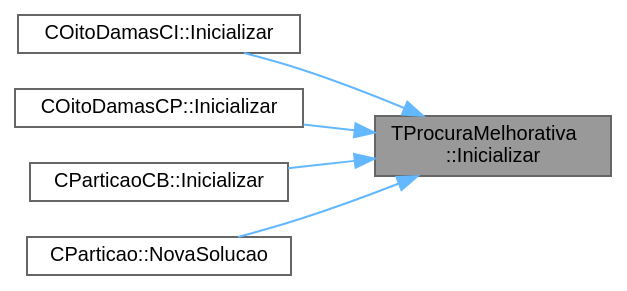
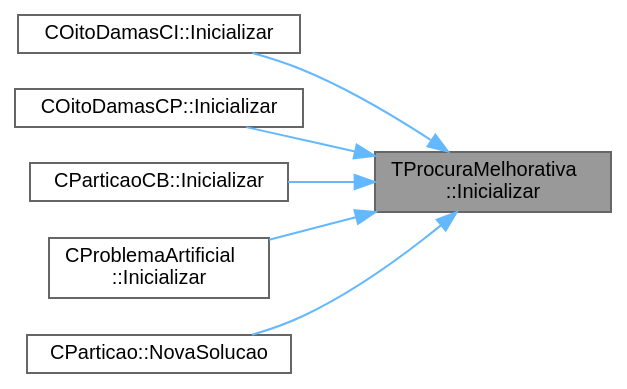
The diagram in classTProcuraMelhorativa_a72a59b4afbcd7b1f7ea65e4d2cff1a1b_icgraph.dot (jcoelho72/TProcura), drawn with Graphviz before and after one commit. The commit also changed 161 other files, not shown here.

```diff
--- a/classTProcuraMelhorativa_a72a59b4afbcd7b1f7ea65e4d2cff1a1b_icgraph.dot
+++ b/classTProcuraMelhorativa_a72a59b4afbcd7b1f7ea65e4d2cff1a1b_icgraph.dot
@@ -1,17 +1,19 @@
 digraph "TProcuraMelhorativa::Inicializar"
 {
  // LATEX_PDF_SIZE
   bgcolor="transparent";
   edge [fontname=Helvetica,fontsize=10,labelfontname=Helvetica,labelfontsize=10];
   node [fontname=Helvetica,fontsize=10,shape=box,height=0.2,width=0.4];
   rankdir="RL";
   Node1 [id="Node000001",label="TProcuraMelhorativa\l::Inicializar",height=0.2,width=0.4,color="gray40", fillcolor="grey60", style="filled", fontcolor="black",tooltip="Inicializar a instância. No final, chamar NovaSolucao() para inicializar o estado."];
   Node1 -> Node2 [id="edge1_Node000001_Node000002",dir="back",color="steelblue1",style="solid",tooltip=" "];
   Node2 [id="Node000002",label="COitoDamasCI::Inicializar",height=0.2,width=0.4,color="grey40", fillcolor="white", style="filled",URL="$classCOitoDamasCI.html#a5c4340c008bd04f699951906166d19f2",tooltip="Coloca o objecto no estado inicial da procura."];
   Node1 -> Node3 [id="edge2_Node000001_Node000003",dir="back",color="steelblue1",style="solid",tooltip=" "];
   Node3 [id="Node000003",label="COitoDamasCP::Inicializar",height=0.2,width=0.4,color="grey40", fillcolor="white", style="filled",URL="$classCOitoDamasCP.html#a2a92076021aec98b8780677316c0a05b",tooltip="Coloca o objecto no estado inicial da procura."];
   Node1 -> Node4 [id="edge3_Node000001_Node000004",dir="back",color="steelblue1",style="solid",tooltip=" "];
   Node4 [id="Node000004",label="CParticaoCB::Inicializar",height=0.2,width=0.4,color="grey40", fillcolor="white", style="filled",URL="$classCParticaoCB.html#a9feb5f17582cdd0d70463072dc72d2ed",tooltip="Coloca o objecto no estado inicial da procura."];
   Node1 -> Node5 [id="edge4_Node000001_Node000005",dir="back",color="steelblue1",style="solid",tooltip=" "];
-  Node5 [id="Node000005",label="CParticao::NovaSolucao",height=0.2,width=0.4,color="grey40", fillcolor="white", style="filled",URL="$classCParticao.html#a82ac73218fe065f106b5b1d3162637a1",tooltip=" "];
+  Node5 [id="Node000005",label="CProblemaArtificial\l::Inicializar",height=0.2,width=0.4,color="grey40", fillcolor="white", style="filled",URL="$classCProblemaArtificial.html#ac823cf847edbe9f32fb4cd2e2c462d10",tooltip="Coloca o objecto no estado inicial da procura."];
+  Node1 -> Node6 [id="edge5_Node000001_Node000006",dir="back",color="steelblue1",style="solid",tooltip=" "];
+  Node6 [id="Node000006",label="CParticao::NovaSolucao",height=0.2,width=0.4,color="grey40", fillcolor="white", style="filled",URL="$classCParticao.html#a82ac73218fe065f106b5b1d3162637a1",tooltip=" "];
 }
```
